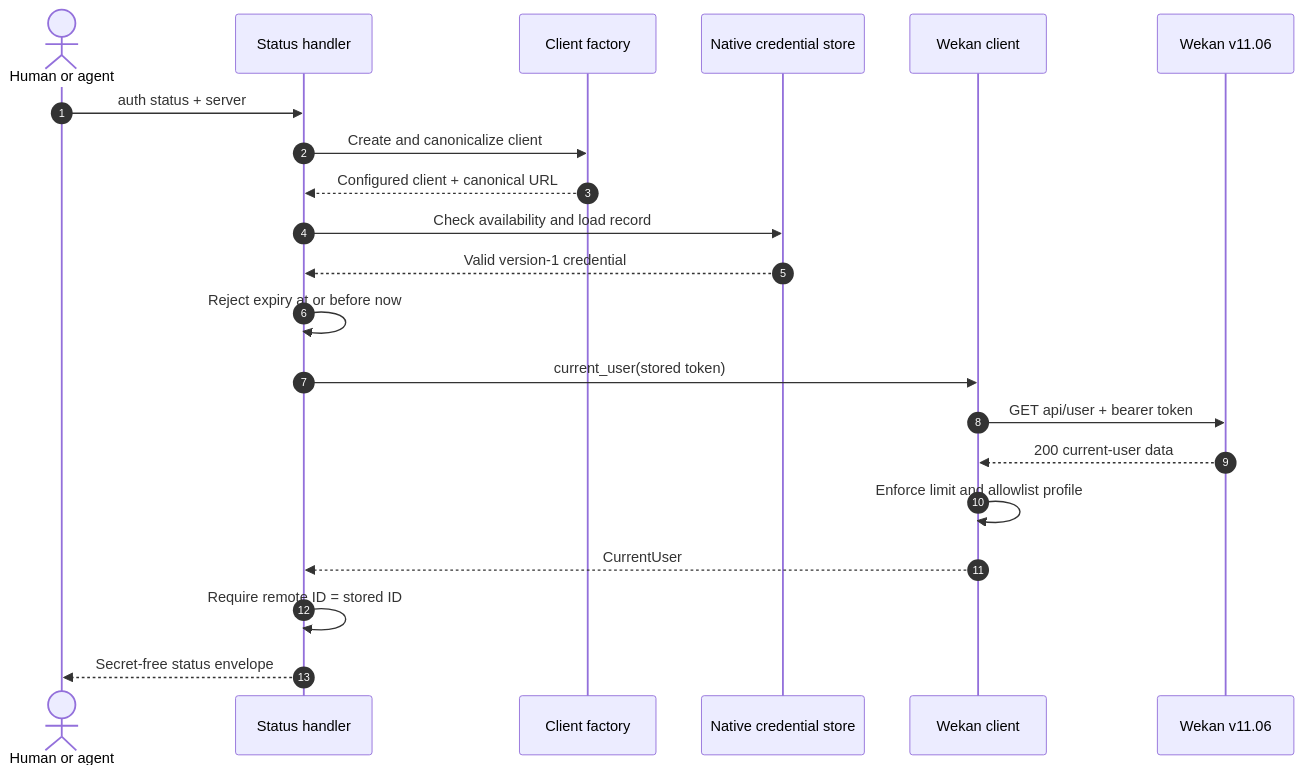
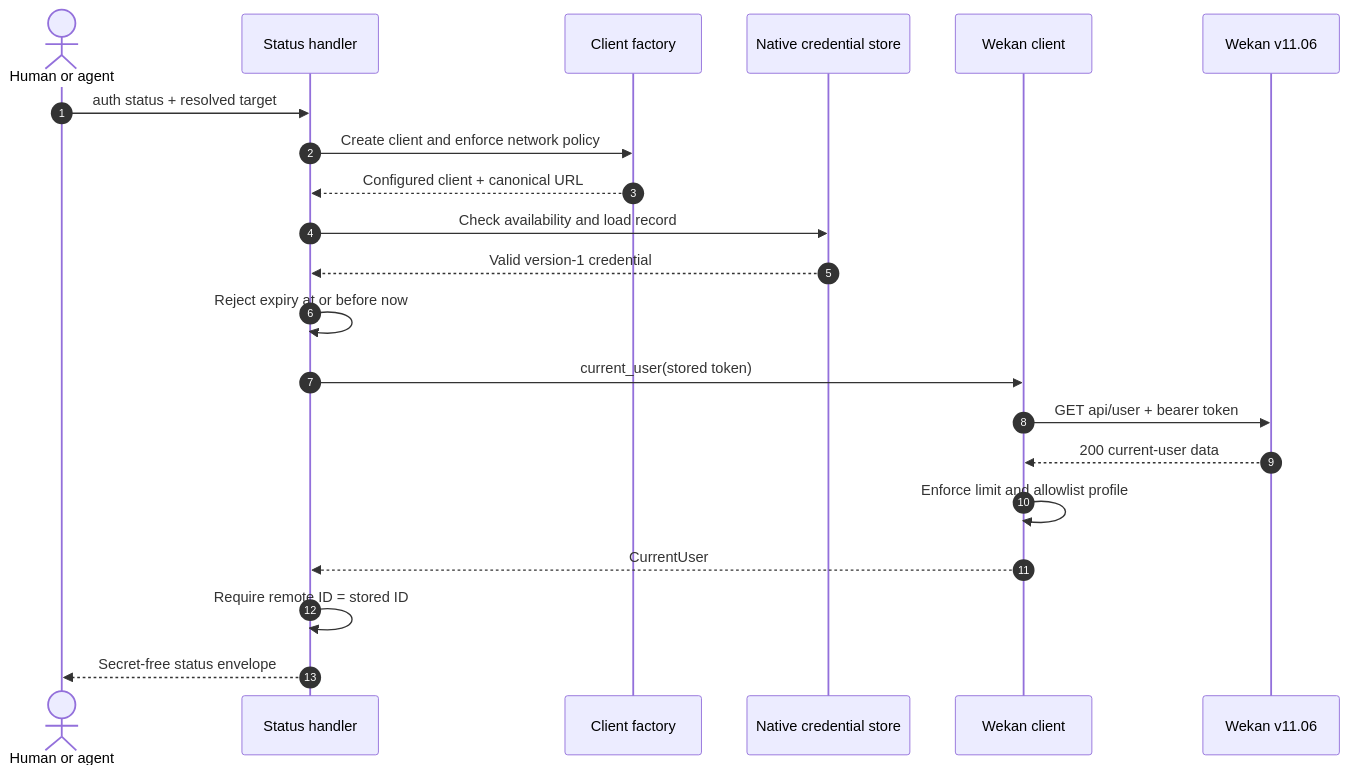
The fourth of 11 diagrams in docs/auth-architecture.md (AhmedLukman/wekan-cli), drawn with Mermaid before and after one commit. The commit also changed other lines of this file and 35 other files, not shown here.

````diff
--- a/docs/auth-architecture.md
+++ b/docs/auth-architecture.md
@@ -160,24 +207,24 @@
 ```mermaid
 sequenceDiagram
     autonumber
     actor Caller as Human or agent
     participant Handler as Status handler
     participant Factory as Client factory
     participant Vault as Native credential store
     participant Client as Wekan client
     participant Wekan as Wekan v11.06
 
-    Caller->>Handler: auth status + server
-    Handler->>Factory: Create and canonicalize client
+    Caller->>Handler: auth status + resolved target
+    Handler->>Factory: Create client and enforce network policy
     Factory-->>Handler: Configured client + canonical URL
     Handler->>Vault: Check availability and load record
     Vault-->>Handler: Valid version-1 credential
     Handler->>Handler: Reject expiry at or before now
     Handler->>Client: current_user(stored token)
     Client->>Wekan: GET api/user + bearer token
     Wekan-->>Client: 200 current-user data
     Client->>Client: Enforce limit and allowlist profile
     Client-->>Handler: CurrentUser
     Handler->>Handler: Require remote ID = stored ID
     Handler-->>Caller: Secret-free status envelope
 ```
````
